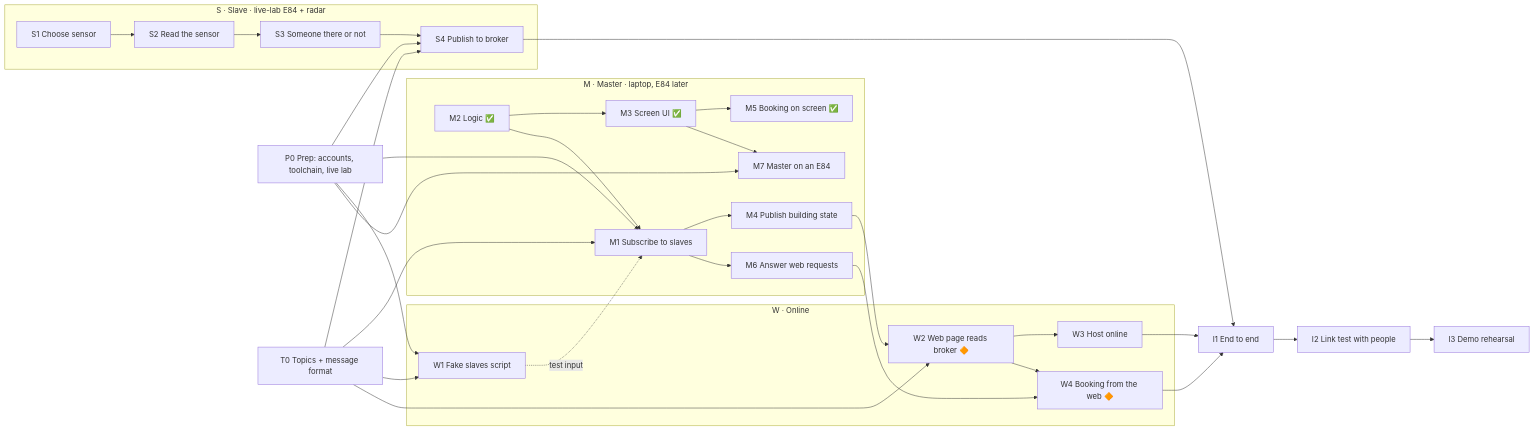
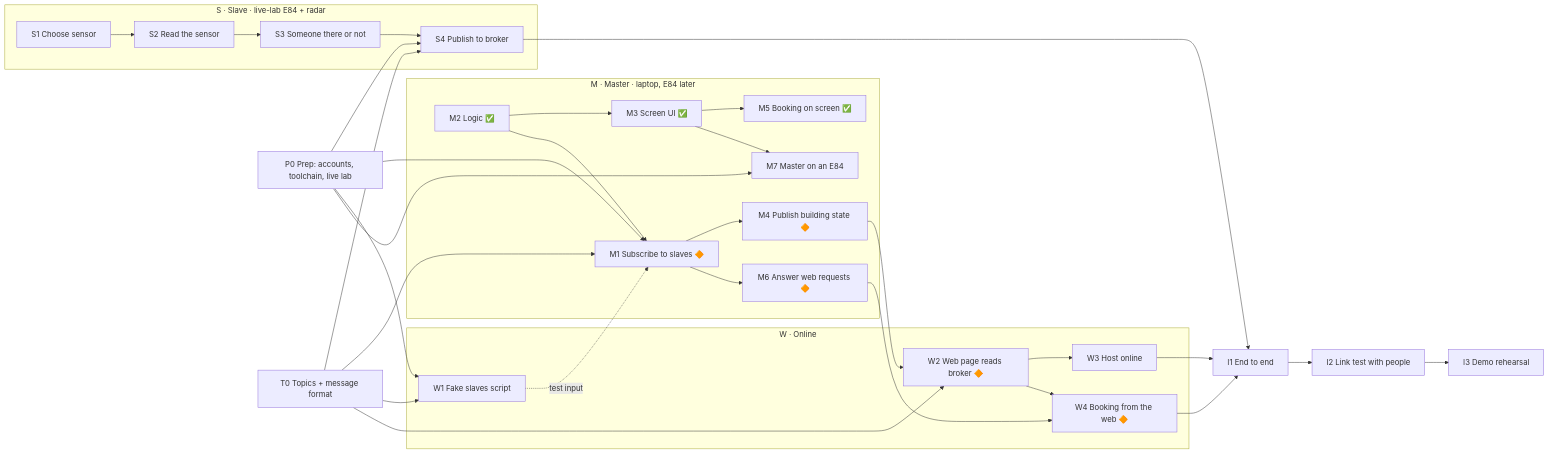
The diagram in TASKS.md (NadaAbbas444/inhabitx), drawn with Mermaid before and after one commit. The commit also changed other lines of this file and 13 other files, not shown here.

````diff
--- a/TASKS.md
+++ b/TASKS.md
@@ -20,44 +20,44 @@
 ```mermaid
 flowchart LR
     P0[P0 Prep: accounts, toolchain, live lab]
     T0[T0 Topics + message format]
 
     subgraph SLAVE["S · Slave · live-lab E84 + radar"]
         S1[S1 Choose sensor] --> S2[S2 Read the sensor]
         S2 --> S3[S3 Someone there or not]
         S3 --> S4[S4 Publish to broker]
     end
 
     subgraph MASTER["M · Master · laptop, E84 later"]
         M2[M2 Logic ✅] --> M3[M3 Screen UI ✅]
         M3 --> M5[M5 Booking on screen ✅]
-        M1[M1 Subscribe to slaves] --> M4[M4 Publish building state]
-        M1 --> M6[M6 Answer web requests]
+        M1[M1 Subscribe to slaves 🔶] --> M4[M4 Publish building state 🔶]
+        M1 --> M6[M6 Answer web requests 🔶]
         M2 --> M1
         M3 --> M7[M7 Master on an E84]
     end
 
     subgraph ONLINE["W · Online"]
         W1[W1 Fake slaves script]
         W2[W2 Web page reads broker 🔶] --> W3[W3 Host online]
         W2 --> W4[W4 Booking from the web 🔶]
     end
 
     P0 --> S4
     P0 --> M1
     P0 --> W1
     P0 --> M7
     T0 --> S4
     T0 --> M1
     T0 --> W1
     T0 --> W2
     W1 -. test input .-> M1
     M4 --> W2
     M6 --> W4
 
     S4 --> I1[I1 End to end]
     W3 --> I1
     W4 --> I1
     I1 --> I2[I2 Link test with people]
     I2 --> I3[I3 Demo rehearsal]
 ```
````
